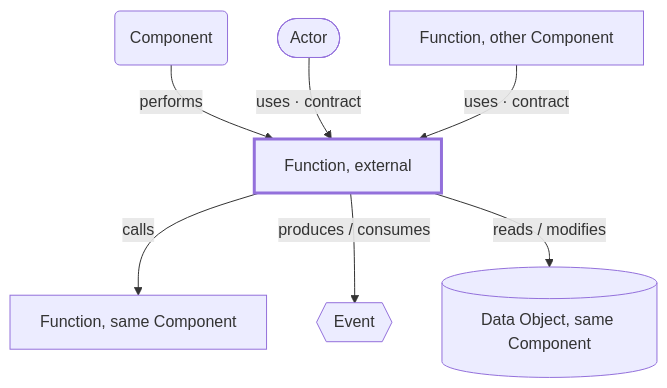
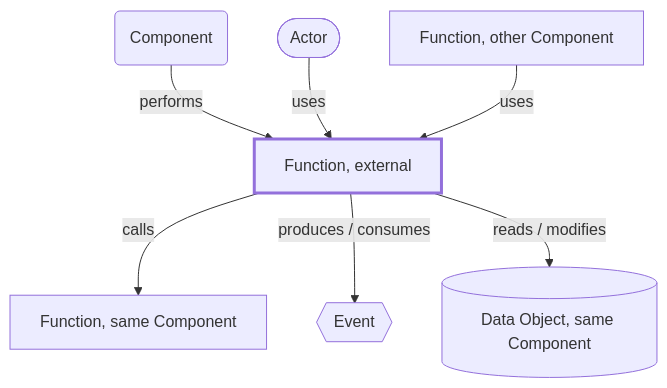
The second of 8 diagrams in contour.md (mykhailo-kulish/contour), drawn with Mermaid before and after one commit. The commit also changed other lines of this file, not shown here.

````diff
--- a/contour.md
+++ b/contour.md
@@ -274,10 +274,10 @@
 ```mermaid
 graph TD
     Sys(Component) -->|performs| F[Function, external]:::ext
-    A([Actor]) -->|uses · contract| F
-    F2[Function, other Component] -->|uses · contract| F
+    A([Actor]) -->|uses| F
+    F2[Function, other Component] -->|uses| F
     F -->|calls| F3[Function, same Component]
     F -->|produces / consumes| E{{Event}}
     F -->|reads / modifies| D[(Data Object, same Component)]
     classDef ext stroke-width:3px
 ```
````
